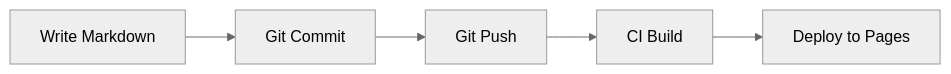
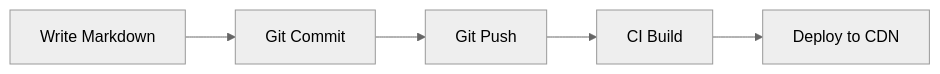
The diagram in data/posts/markdown-showcase/index.md (eightyfor84/eightyfor-blog), drawn with Mermaid (neutral theme) before and after one commit. The commit also changed other lines of this file and 8 other files, not shown here.

Commit message:
docs(example-posts): 9 篇示例文档按 3.1.x 版本全面重写 — 树结构设置/无 frontend 前缀/背景色入 background.yml/analytics 多后端/Waline headless 委托/全局重置/PrevNext 四规则/collection 顺序导航，图片按描述归位

````diff
--- a/data/posts/markdown-showcase/index.md
+++ b/data/posts/markdown-showcase/index.md
@@ -74,7 +157,7 @@
 ```mermaid
 graph LR
     Write[Write Markdown] --> Commit[Git Commit]
     Commit --> Push[Git Push]
     Push --> Build[CI Build]
-    Build --> Deploy[Deploy to Pages]
+    Build --> Deploy[Deploy to CDN]
 ```
````
